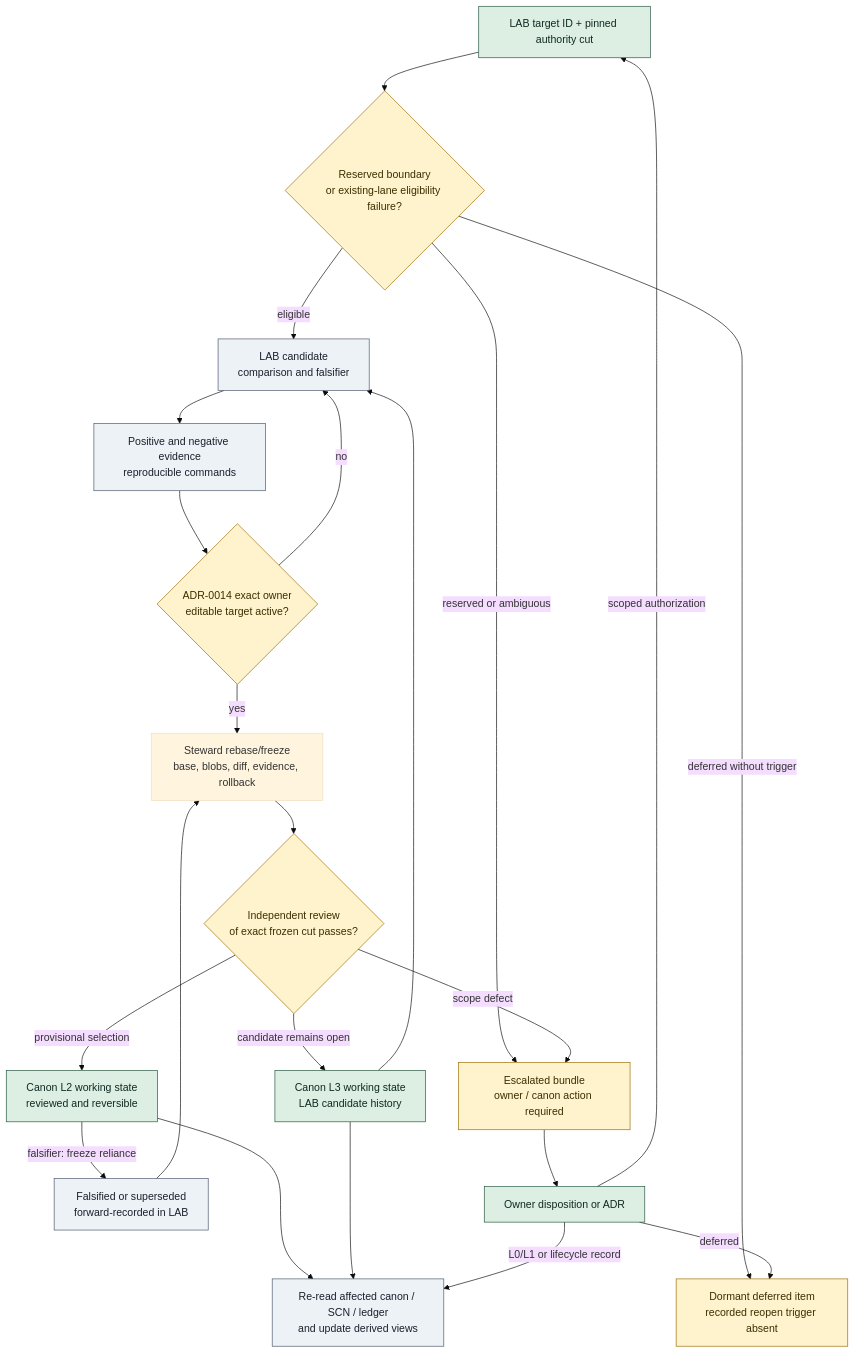
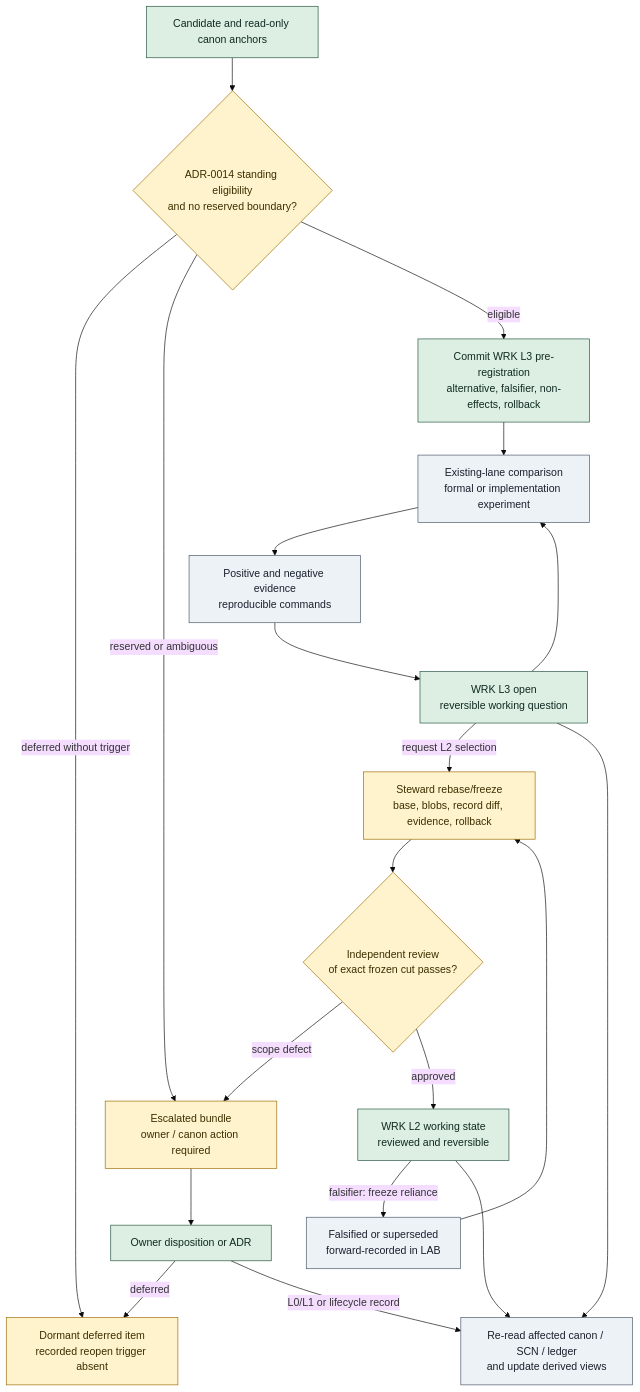
Before and after one commit to yukatayu/mir_poc_01: the diagram in docs/diagrams/workflow.mmd, drawn with Mermaid (base theme). The commit also changed 38 other files, not shown here.

```diff
--- a/docs/diagrams/workflow.mmd
+++ b/docs/diagrams/workflow.mmd
@@ -1,40 +1,37 @@
 flowchart TD
-  Target[LAB target ID + pinned authority cut]
-  Check{Reserved boundary\nor existing-lane eligibility failure?}
-  Listed{ADR-0014 exact owner\neditable target active?}
+  Target[Candidate and read-only canon anchors]
+  Check{ADR-0014 standing eligibility\nand no reserved boundary?}
   Dormant[Dormant deferred item\nrecorded reopen trigger absent]
   Escalate[Escalated bundle\nowner / canon action required]
-  Candidate[LAB candidate\ncomparison and falsifier]
+  WRK[Commit WRK L3 pre-registration\nalternative, falsifier, non-effects, rollback]
+  Candidate[Existing-lane comparison\nformal or implementation experiment]
   Evidence[Positive and negative evidence\nreproducible commands]
-  Freeze[Steward rebase/freeze\nbase, blobs, diff, evidence, rollback]
+  Freeze[Steward rebase/freeze\nbase, blobs, record diff, evidence, rollback]
   Review{Independent review\nof exact frozen cut passes?}
-  L3[Canon L3 working state\nLAB candidate history]
-  L2[Canon L2 working state\nreviewed and reversible]
+  L3[WRK L3 open\nreversible working question]
+  L2[WRK L2 working state\nreviewed and reversible]
   Falsified[Falsified or superseded\nforward-recorded in LAB]
   Owner[Owner disposition or ADR]
   Recut[Re-read affected canon / SCN / ledger\nand update derived views]
 
   Target --> Check
   Check -- deferred without trigger --> Dormant
   Check -- reserved or ambiguous --> Escalate
-  Check -- eligible --> Candidate --> Evidence --> Listed
-  Listed -- no --> Candidate
-  Listed -- yes --> Freeze --> Review
+  Check -- eligible --> WRK --> Candidate --> Evidence --> L3
+  L3 -- request L2 selection --> Freeze --> Review
   Review -- scope defect --> Escalate
-  Review -- candidate remains open --> L3
-  Review -- provisional selection --> L2
+  Review -- approved --> L2
   L3 --> Candidate
   L2 -- falsifier: freeze reliance --> Falsified --> Freeze
   L2 --> Recut
   L3 --> Recut
   Escalate --> Owner
   Owner -- deferred --> Dormant
-  Owner -- scoped authorization --> Target
   Owner -- L0/L1 or lifecycle record --> Recut
 
   classDef canon fill:#dcefe2,stroke:#22543d,color:#102a22
   classDef lab fill:#edf2f7,stroke:#4a5568,color:#1a202c
   classDef stop fill:#fff3cd,stroke:#9c6b00,color:#3b2f00
-  class Target,L3,L2,Owner canon
+  class Target,WRK,L3,L2,Owner canon
   class Candidate,Evidence,Falsified,Recut lab
-  class Check,Listed,Dormant,Escalate,Review stop
+  class Check,Dormant,Escalate,Review,Freeze stop
```
